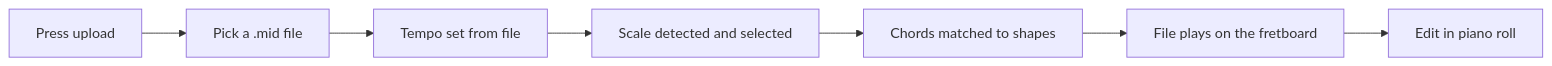
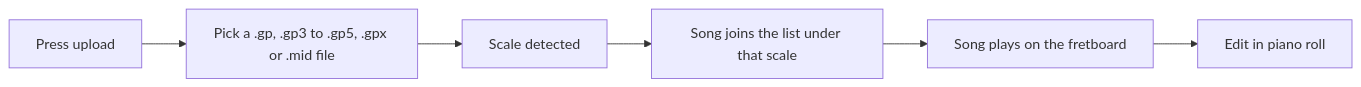
The eighth of 9 diagrams in docs/user-flows.md (oleg-chibikov/guitar-upscale), drawn with Mermaid before and after one commit. The commit also changed other lines of this file, not shown here.

First line of the commit message:
Update user flows for Guitar Pro songs

````diff
--- a/docs/user-flows.md
+++ b/docs/user-flows.md
@@ -171,9 +174,8 @@
 ```mermaid
 flowchart LR
-  A[Press upload] --> B[Pick a .mid file]
-  B --> C[Tempo set from file]
-  C --> D[Scale detected and selected]
-  D --> E[Chords matched to shapes]
-  E --> F[File plays on the fretboard]
-  F --> G[Edit in piano roll]
+  A[Press upload] --> B[Pick a .gp, .gp3 to .gp5, .gpx or .mid file]
+  B --> C[Scale detected]
+  C --> D[Song joins the list under that scale]
+  D --> E[Song plays on the fretboard]
+  E --> F[Edit in piano roll]
 ```
````
